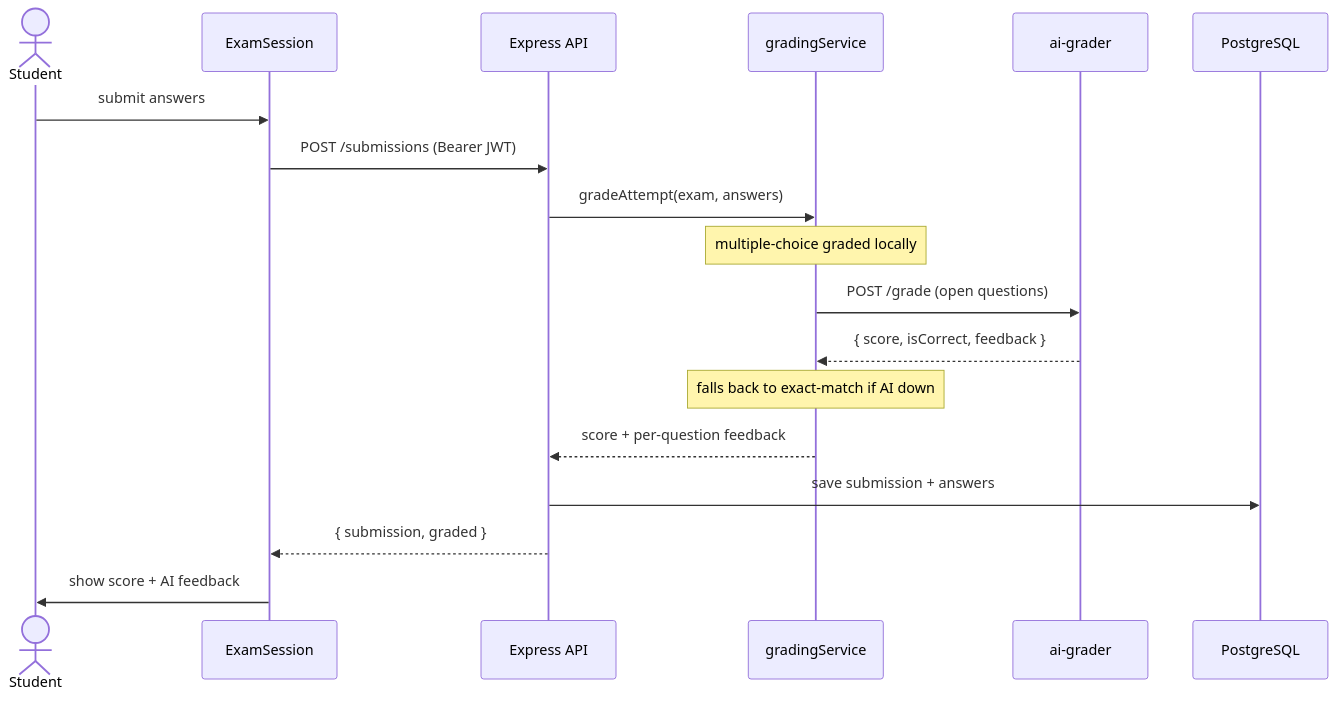
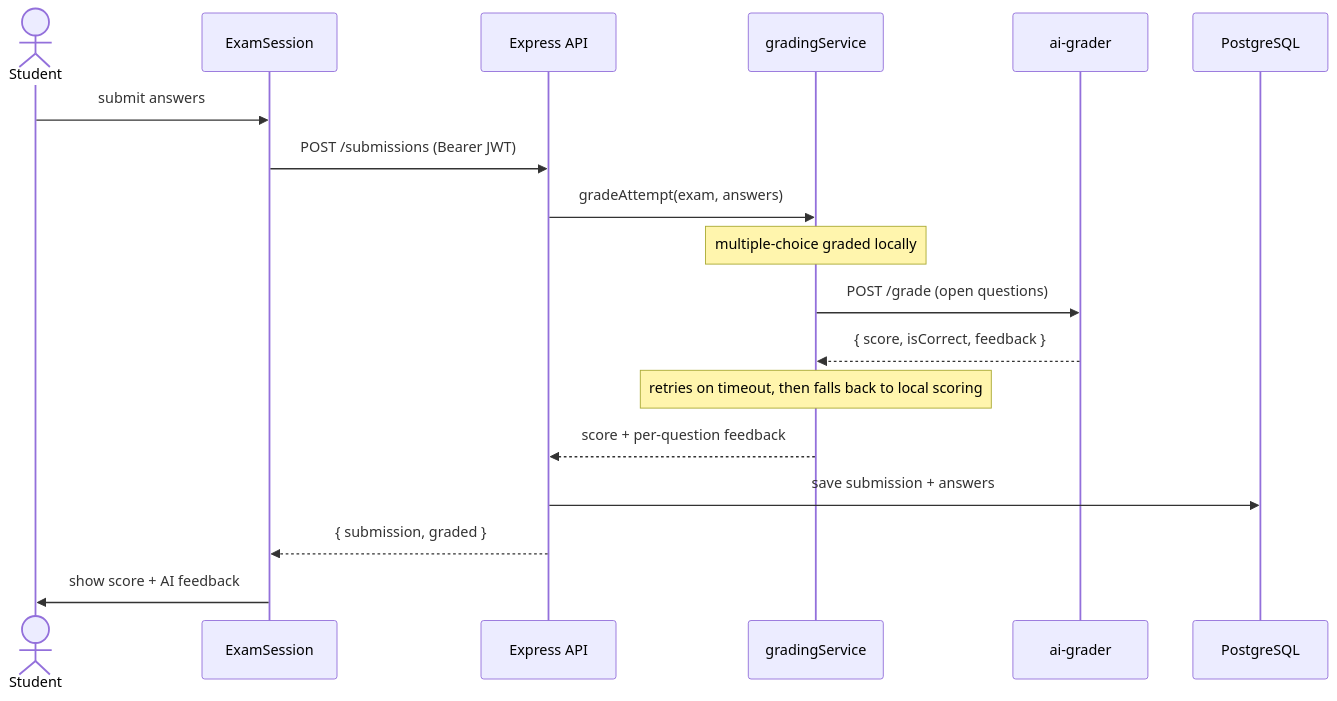
One commit to nronen29/React-fullstack-project changed the second of 5 diagrams in README.md. Above: the diagram before and after it, drawn with Mermaid. The commit also changed other lines of this file and 9 other files, not shown here.

````diff
--- a/README.md
+++ b/README.md
@@ -131,21 +131,21 @@
 ```mermaid
 sequenceDiagram
   actor S as Student
   participant EX as ExamSession
   participant API as Express API
   participant GS as gradingService
   participant AI as ai-grader
   participant DB as PostgreSQL
 
   S->>EX: submit answers
   EX->>API: POST /submissions (Bearer JWT)
   API->>GS: gradeAttempt(exam, answers)
   Note over GS: multiple-choice graded locally
   GS->>AI: POST /grade (open questions)
   AI-->>GS: { score, isCorrect, feedback }
-  Note over GS: falls back to exact-match if AI down
+  Note over GS: retries on timeout, then falls back to local scoring
   GS-->>API: score + per-question feedback
   API->>DB: save submission + answers
   API-->>EX: { submission, graded }
   EX->>S: show score + AI feedback
 ```
````
